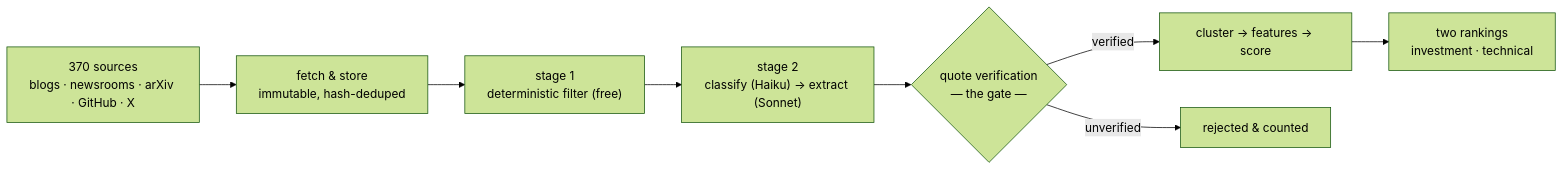
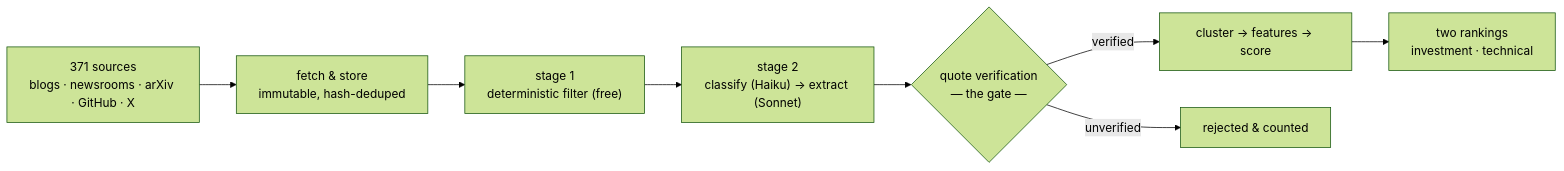
One commit to skamble2/frontier-intel changed the diagram in README.md. Above: the diagram before and after it, drawn with Mermaid (forest theme). The commit also changed other lines of this file and 6 other files, not shown here.

````diff
--- a/README.md
+++ b/README.md
@@ -60,10 +60,10 @@
 ```mermaid
 flowchart LR
-    A["370 sources<br/>blogs · newsrooms · arXiv · GitHub · X"] --> B["fetch & store<br/>immutable, hash-deduped"]
+    A["371 sources<br/>blogs · newsrooms · arXiv · GitHub · X"] --> B["fetch & store<br/>immutable, hash-deduped"]
     B --> C["stage 1<br/>deterministic filter (free)"]
     C --> D["stage 2<br/>classify (Haiku) → extract (Sonnet)"]
     D --> E{"quote verification<br/>— the gate —"}
     E -->|verified| F["cluster → features → score"]
     E -->|unverified| G["rejected & counted"]
     F --> H["two rankings<br/>investment · technical"]
 ```
````
